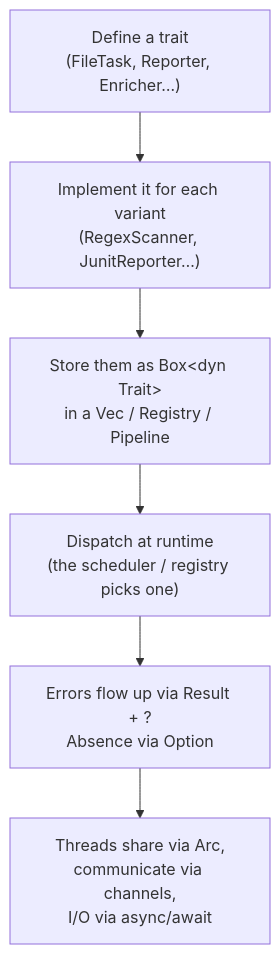
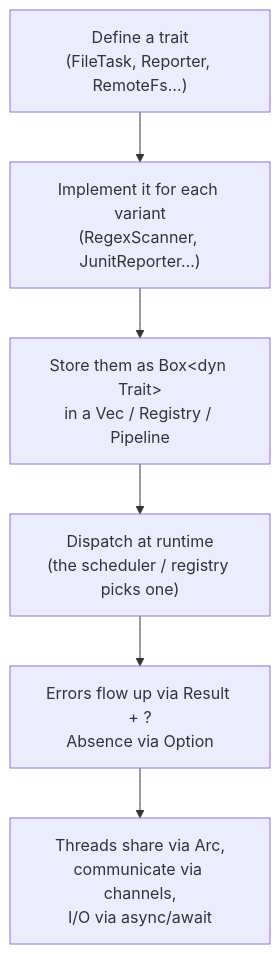
The diagram in docs/src/architecture/rust-primer.md (rangertaha/exfil), drawn with Mermaid before and after one commit. The commit also changed other lines of this file and 45 other files, not shown here.

````diff
--- a/docs/src/architecture/rust-primer.md
+++ b/docs/src/architecture/rust-primer.md
@@ -324,8 +325,8 @@
 ```mermaid
 flowchart TD
-    T["Define a trait<br/>(FileTask, Reporter, Enricher…)"] --> I["Implement it for each variant<br/>(RegexScanner, JunitReporter…)"]
+    T["Define a trait<br/>(FileTask, Reporter, RemoteFs…)"] --> I["Implement it for each variant<br/>(RegexScanner, JunitReporter…)"]
     I --> B["Store them as Box&lt;dyn Trait&gt;<br/>in a Vec / Registry / Pipeline"]
     B --> D["Dispatch at runtime<br/>(the scheduler / registry picks one)"]
     D --> E["Errors flow up via Result + ?<br/>Absence via Option"]
     E --> C["Threads share via Arc,<br/>communicate via channels,<br/>I/O via async/await"]
 ```
````
